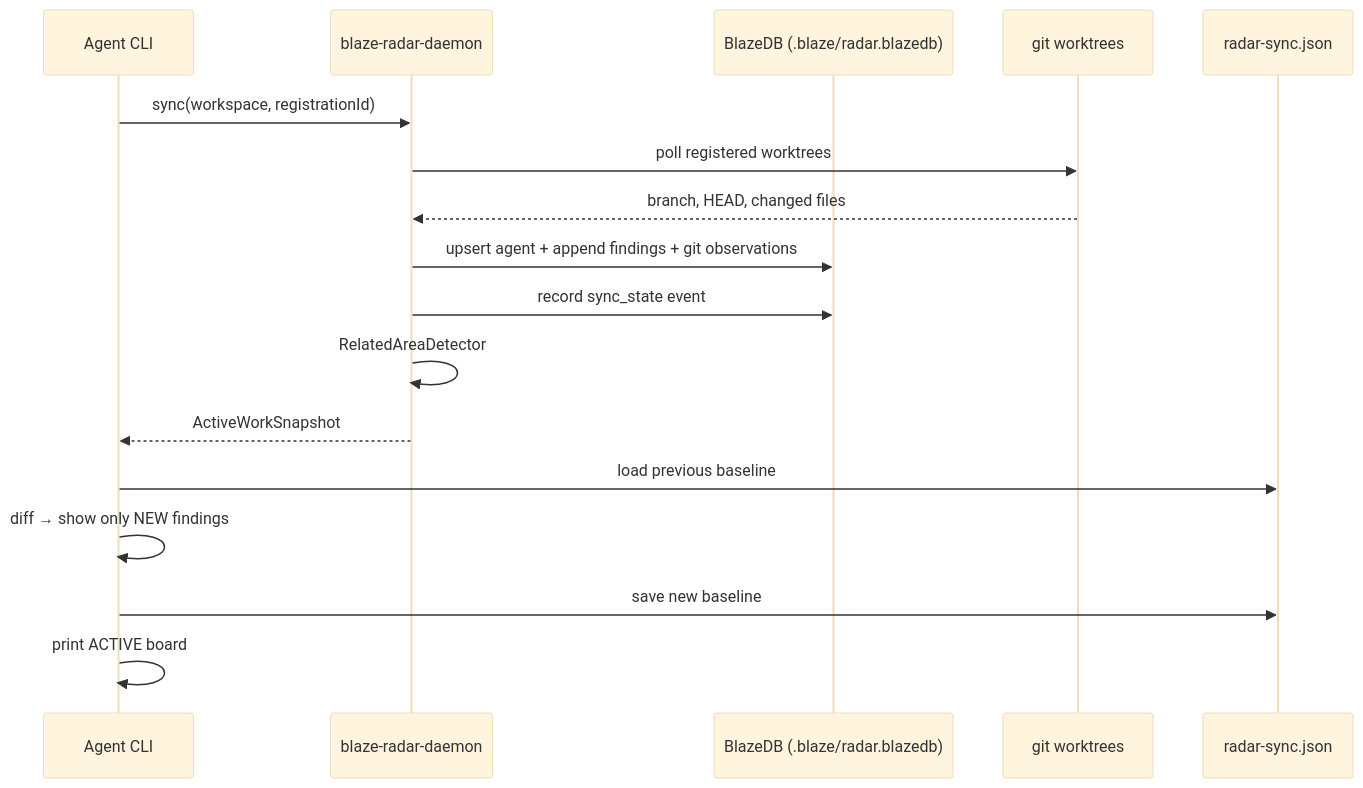
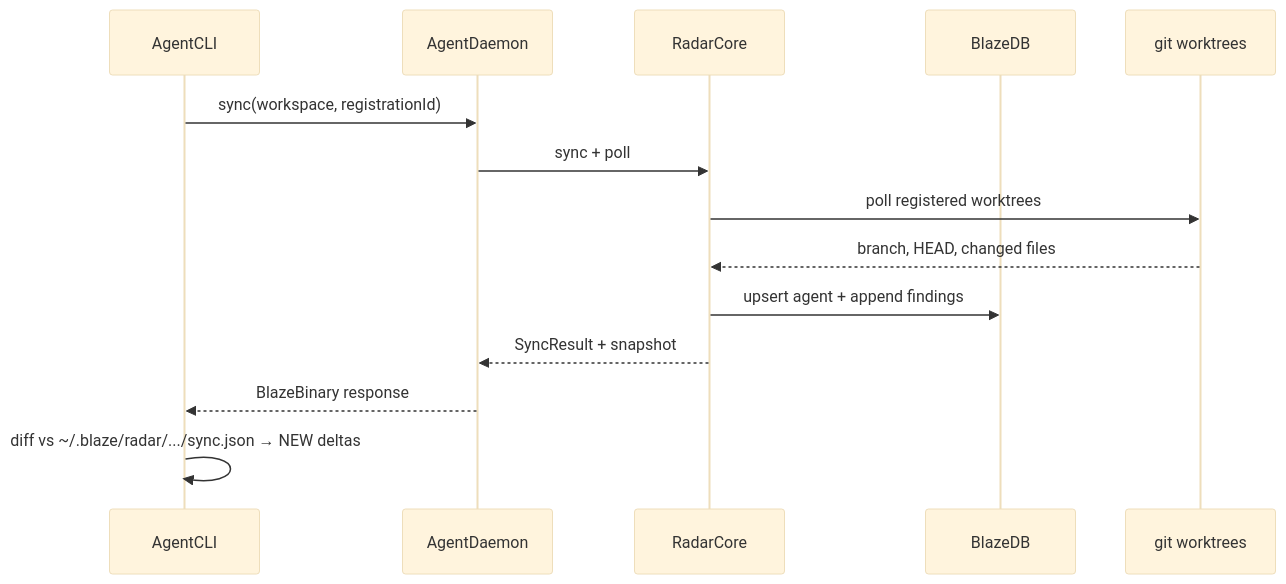
The second of 2 diagrams in README.md (Mikedan37/blaze-radar), drawn with Mermaid (base theme) before and after one commit. The commit also changed other lines of this file and 24 other files, not shown here.

````diff
--- a/README.md
+++ b/README.md
@@ -163,20 +233,17 @@
 ```mermaid
 sequenceDiagram
-    participant Agent as Agent CLI
-    participant Daemon as blaze-radar-daemon
-    participant Store as BlazeDB (.blaze/radar.blazedb)
+    participant Agent as AgentCLI
+    participant Daemon as AgentDaemon
+    participant Core as RadarCore
+    participant Store as BlazeDB
     participant Git as git worktrees
-    participant Sync as radar-sync.json
 
     Agent->>Daemon: sync(workspace, registrationId)
-    Daemon->>Git: poll registered worktrees
-    Git-->>Daemon: branch, HEAD, changed files
-    Daemon->>Store: upsert agent + append findings + git observations
-    Daemon->>Store: record sync_state event
-    Daemon->>Daemon: RelatedAreaDetector
-    Daemon-->>Agent: ActiveWorkSnapshot
-    Agent->>Sync: load previous baseline
-    Agent->>Agent: diff → show only NEW findings
-    Agent->>Sync: save new baseline
-    Agent->>Agent: print ACTIVE board
+    Daemon->>Core: sync + poll
+    Core->>Git: poll registered worktrees
+    Git-->>Core: branch, HEAD, changed files
+    Core->>Store: upsert agent + append findings
+    Core-->>Daemon: SyncResult + snapshot
+    Daemon-->>Agent: BlazeBinary response
+    Agent->>Agent: diff vs ~/.blaze/radar/.../sync.json → NEW deltas
 ```
````
